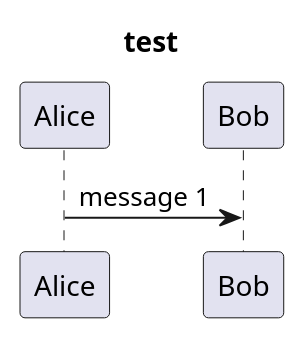
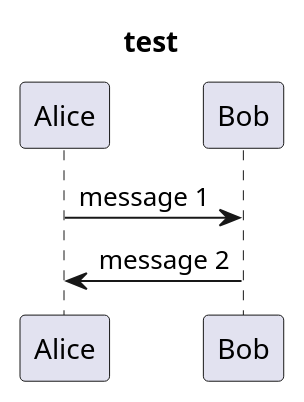
Before and after one commit to rafaelangelgaib/TrabajoEDDiagramaClases: the diagram in Trabajo parejas/test.wsd, drawn with PlantUML.

```diff
--- a/Trabajo parejas/test.wsd
+++ b/Trabajo parejas/test.wsd
@@ -1,4 +1,5 @@
 @startuml
 title test
 Alice -> Bob : message 1
+Bob -> Alice : message 2
 @enduml
```
